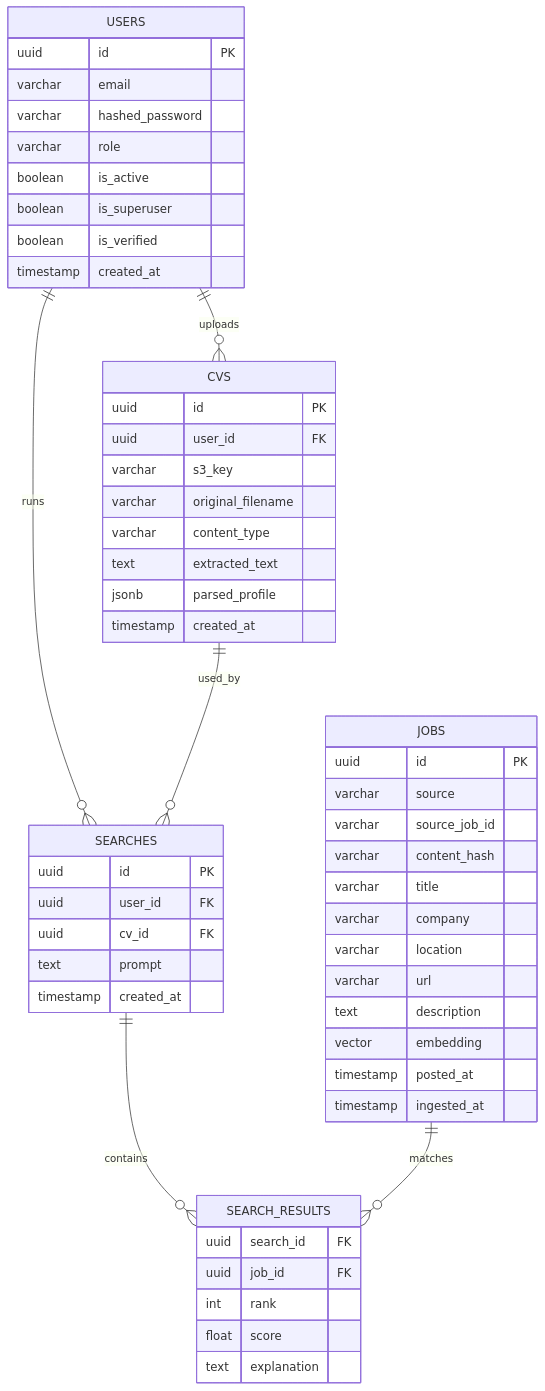
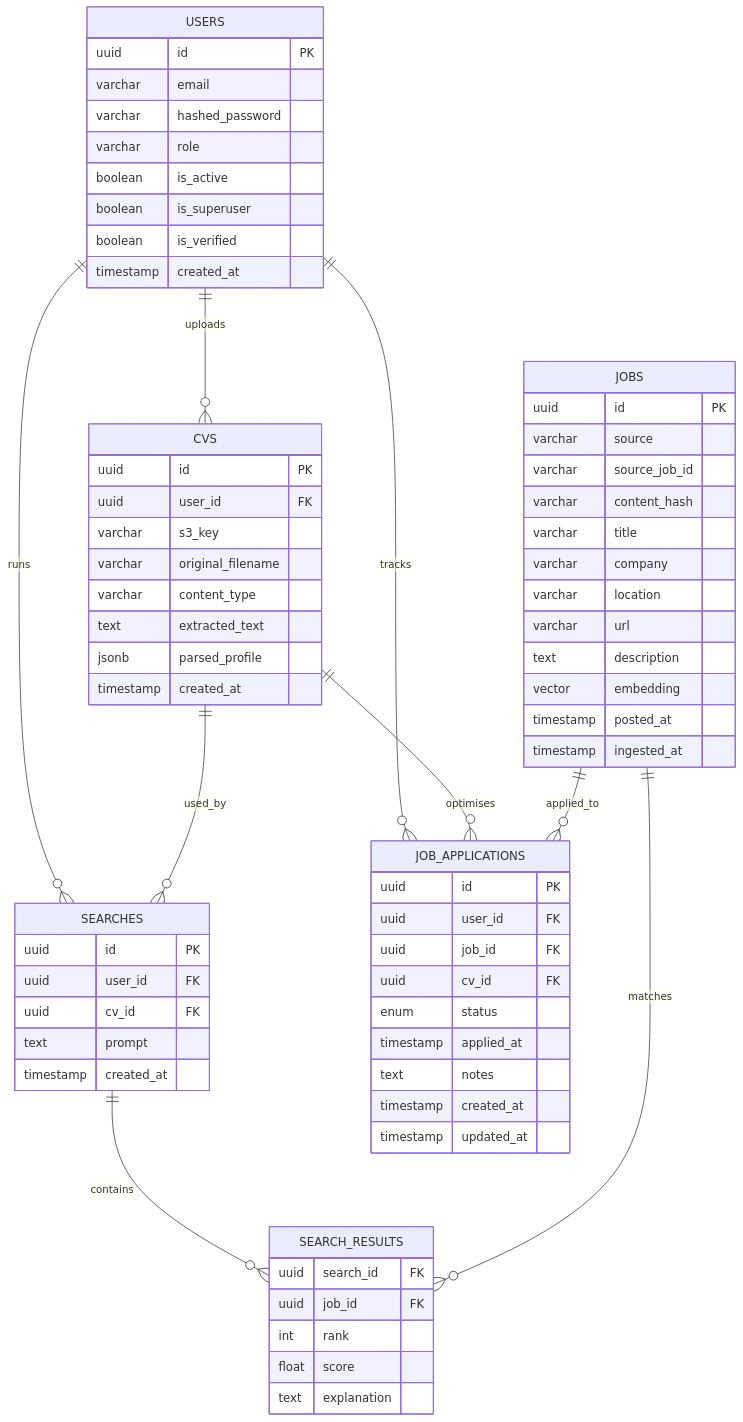
One commit to Pukakiii/Job-Agent changed the diagram in docs/data-layer.md. Above: the diagram before and after it, drawn with Mermaid. The commit also changed other lines of this file and 12 other files, not shown here.

````diff
--- a/docs/data-layer.md
+++ b/docs/data-layer.md
@@ -20,57 +20,71 @@
 ```mermaid
 erDiagram
     USERS ||--o{ CVS : uploads
     USERS ||--o{ SEARCHES : runs
+    USERS ||--o{ JOB_APPLICATIONS : tracks
     CVS ||--o{ SEARCHES : used_by
+    CVS ||--o{ JOB_APPLICATIONS : optimises
     SEARCHES ||--o{ SEARCH_RESULTS : contains
     JOBS ||--o{ SEARCH_RESULTS : matches
+    JOBS ||--o{ JOB_APPLICATIONS : applied_to
  
     USERS {
         uuid    id           PK
         varchar email
         varchar hashed_password
         varchar role
         boolean is_active
         boolean is_superuser
         boolean is_verified
         timestamp created_at
     }
     CVS {
         uuid    id                PK
         uuid    user_id           FK
         varchar s3_key
         varchar original_filename
         varchar content_type
         text    extracted_text
         jsonb   parsed_profile
         timestamp created_at
     }
     SEARCHES {
         uuid  id         PK
         uuid  user_id    FK
         uuid  cv_id      FK
         text  prompt
         timestamp created_at
     }
     JOBS {
         uuid    id            PK
         varchar source
         varchar source_job_id
         varchar content_hash
         varchar title
         varchar company
         varchar location
         varchar url
         text    description
         vector  embedding
         timestamp posted_at
         timestamp ingested_at
     }
     SEARCH_RESULTS {
         uuid  search_id  FK
         uuid  job_id     FK
         int   rank
         float score
         text  explanation
     }
+    JOB_APPLICATIONS {
+        uuid      id          PK
+        uuid      user_id     FK
+        uuid      job_id      FK
+        uuid      cv_id       FK
+        enum      status
+        timestamp applied_at
+        text      notes
+        timestamp created_at
+        timestamp updated_at
+    }
 ```
````
